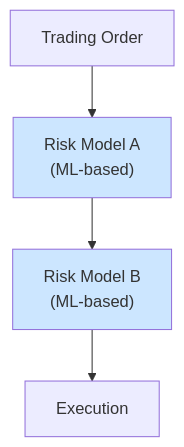
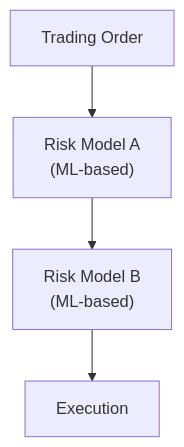
Before and after one commit to quantified-uncertainty/cairn: the sixth of 9 diagrams in apps/delegation-risk/src/content/docs/entanglements/case-studies/examples.md, drawn with Mermaid. The commit also changed other lines of this file and 253 other files, not shown here.

````diff
--- a/apps/delegation-risk/src/content/docs/entanglements/case-studies/examples.md
+++ b/apps/delegation-risk/src/content/docs/entanglements/case-studies/examples.md
@@ -284,10 +221,7 @@
 ```mermaid
 flowchart TB
     TO[Trading Order]
     TO --> RMA["Risk Model A<br/>(ML-based)"]
     RMA --> RMB["Risk Model B<br/>(ML-based)"]
     RMB --> EX[Execution]
-
-    style RMA fill:#cce6ff
-    style RMB fill:#cce6ff
 ```
````
